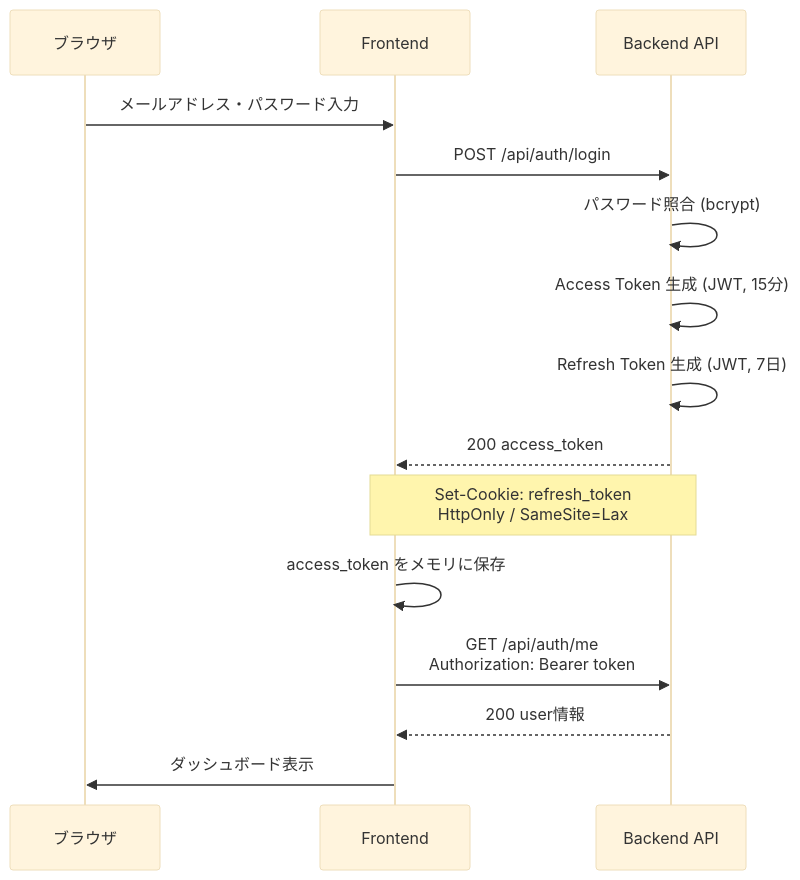
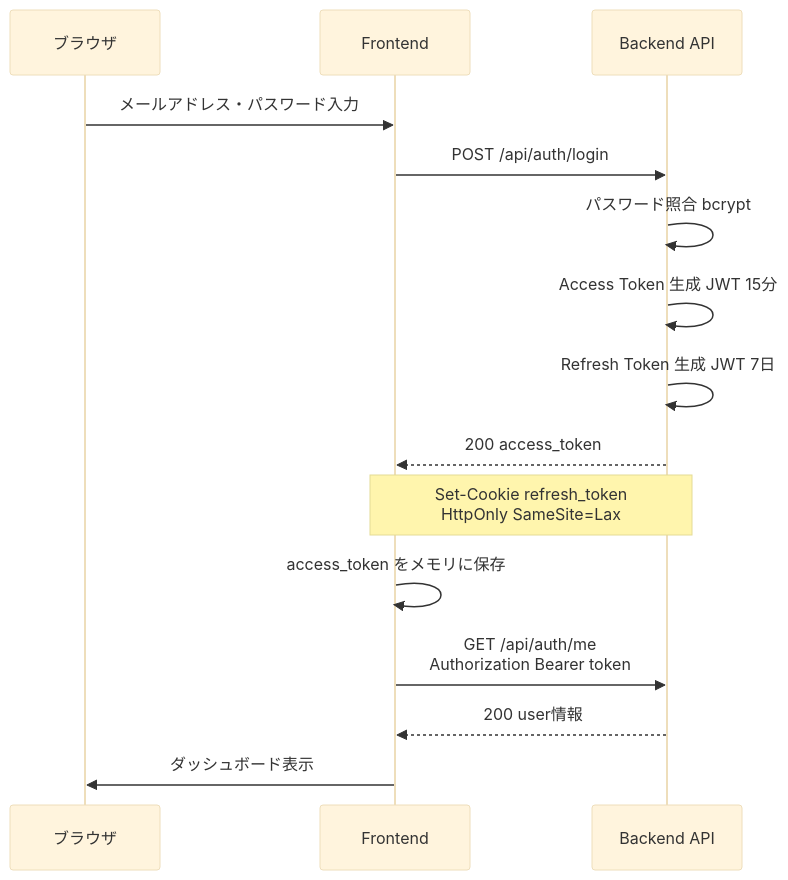
Before and after one commit to takehiro1111/gin-todo: the third of 7 diagrams in README.md, drawn with Mermaid (base theme). The commit also changed other lines of this file, not shown here.

````diff
--- a/README.md
+++ b/README.md
@@ -96,18 +96,18 @@
 ```mermaid
 sequenceDiagram
     participant B as ブラウザ
     participant F as Frontend
     participant API as Backend API
 
     B->>F: メールアドレス・パスワード入力
     F->>API: POST /api/auth/login
-    API->>API: パスワード照合 (bcrypt)
-    API->>API: Access Token 生成 (JWT, 15分)
-    API->>API: Refresh Token 生成 (JWT, 7日)
+    API->>API: パスワード照合 bcrypt
+    API->>API: Access Token 生成 JWT 15分
+    API->>API: Refresh Token 生成 JWT 7日
     API-->>F: 200 access_token
-    Note over API,F: Set-Cookie: refresh_token<br/>HttpOnly / SameSite=Lax
+    Note over API,F: Set-Cookie refresh_token<br/>HttpOnly SameSite=Lax
     F->>F: access_token をメモリに保存
-    F->>API: GET /api/auth/me<br/>Authorization: Bearer token
+    F->>API: GET /api/auth/me<br/>Authorization Bearer token
     API-->>F: 200 user情報
     F->>B: ダッシュボード表示
 ```
````
